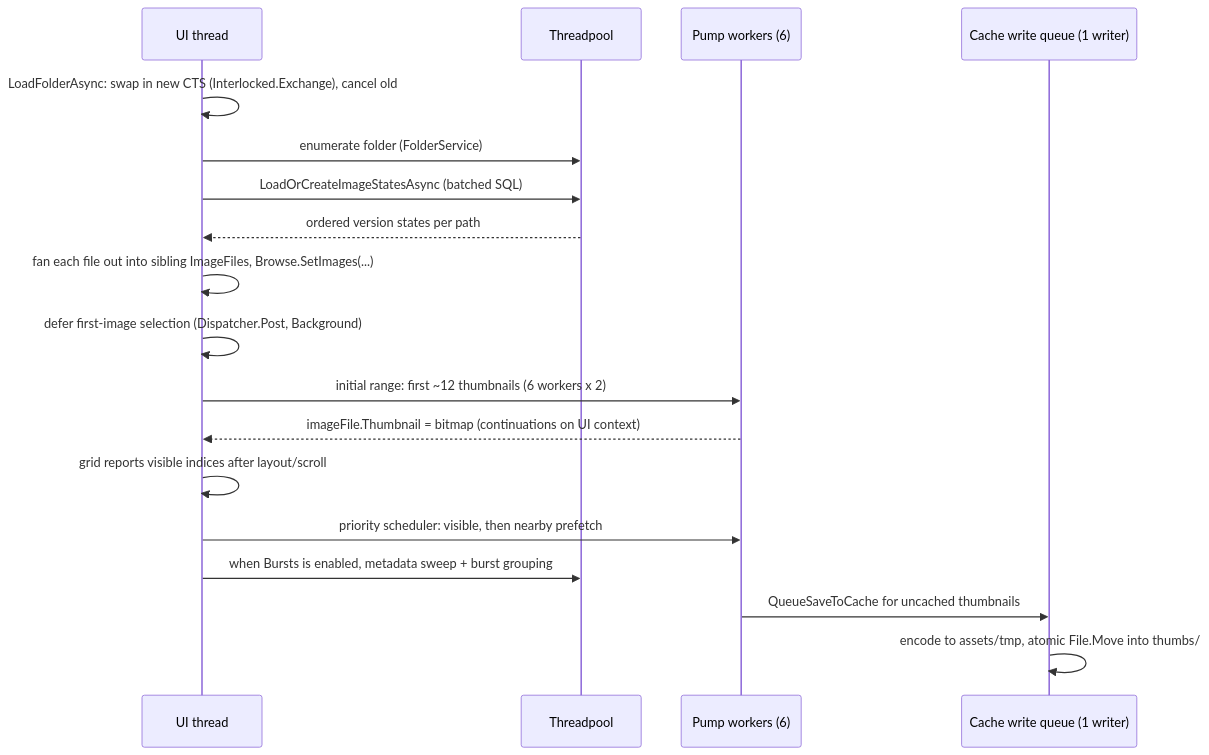
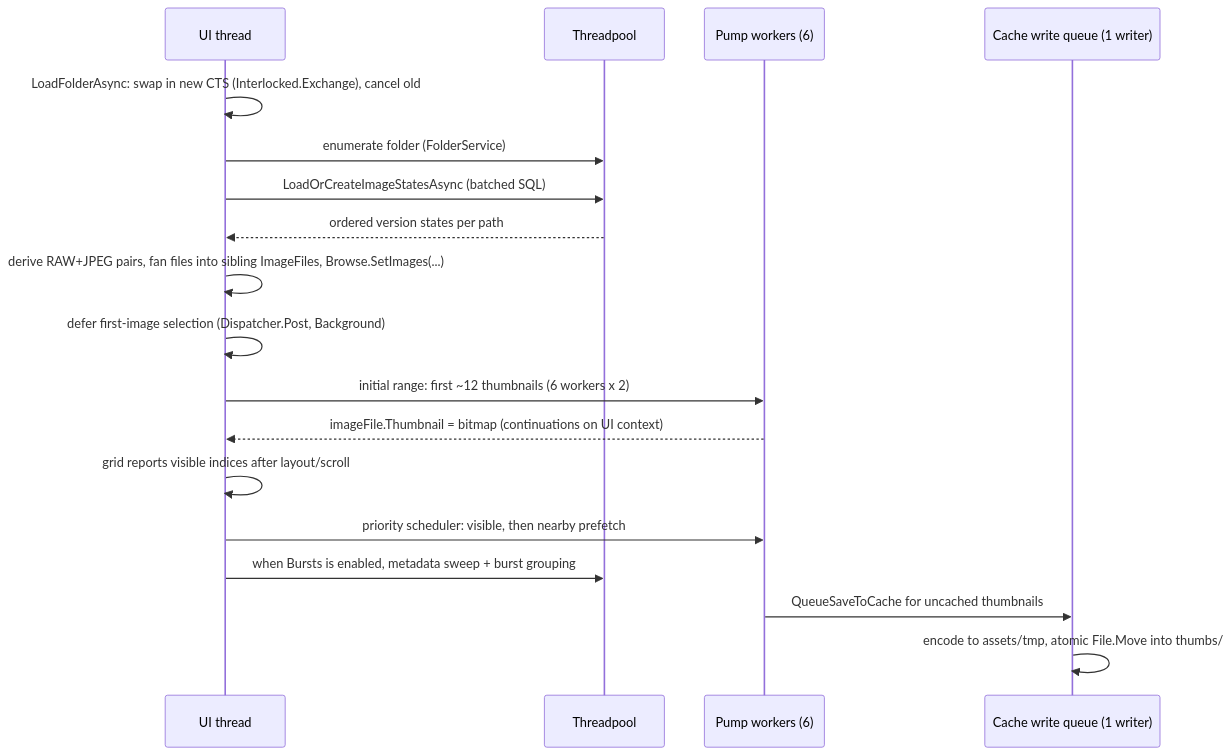
Before and after one commit to seasalim/happy-photon: the diagram in docs/ARCHITECTURE.md, drawn with Mermaid. The commit also changed other lines of this file and 20 other files, not shown here.

Commit message:
Pair RAW and JPEG captures in Browse

````diff
--- a/docs/ARCHITECTURE.md
+++ b/docs/ARCHITECTURE.md
@@ -346,21 +346,21 @@
 ```mermaid
 sequenceDiagram
     participant UI as UI thread
     participant TP as Threadpool
     participant W as Pump workers (6)
     participant Q as Cache write queue (1 writer)
 
     UI->>UI: LoadFolderAsync: swap in new CTS (Interlocked.Exchange), cancel old
     UI->>TP: enumerate folder (FolderService)
     UI->>TP: LoadOrCreateImageStatesAsync (batched SQL)
     TP-->>UI: ordered version states per path
-    UI->>UI: fan each file out into sibling ImageFiles, Browse.SetImages(...)
+    UI->>UI: derive RAW+JPEG pairs, fan files into sibling ImageFiles, Browse.SetImages(...)
     UI->>UI: defer first-image selection (Dispatcher.Post, Background)
     UI->>W: initial range: first ~12 thumbnails (6 workers x 2)
     W-->>UI: imageFile.Thumbnail = bitmap (continuations on UI context)
     UI->>UI: grid reports visible indices after layout/scroll
     UI->>W: priority scheduler: visible, then nearby prefetch
     UI->>TP: when Bursts is enabled, metadata sweep + burst grouping
     W->>Q: QueueSaveToCache for uncached thumbnails
     Q->>Q: encode to assets/tmp, atomic File.Move into thumbs/
 ```
````
